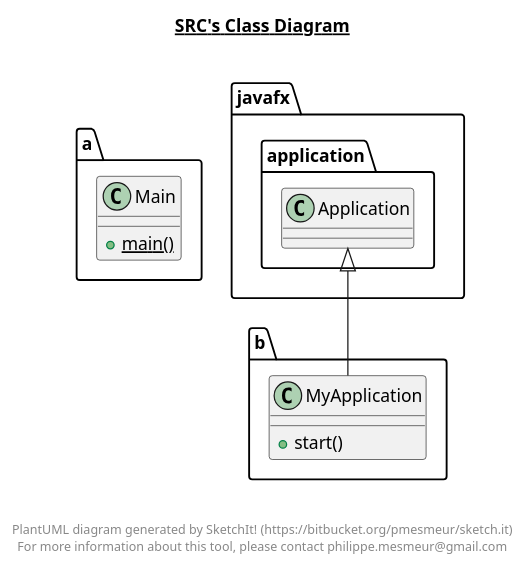
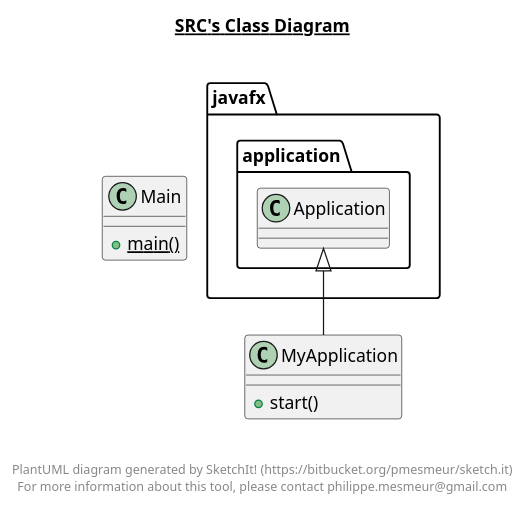
One commit to wikcioo/scheduling-application-sep1 changed the diagram in JavaFXSchedulingApplication/src/src.plantuml. Above: the diagram before and after it, drawn with PlantUML. The commit also changed 4 other files, not shown here.

First line of the commit message:
Deleted namespace from PlantUml

```diff
--- a/JavaFXSchedulingApplication/src/src.plantuml
+++ b/JavaFXSchedulingApplication/src/src.plantuml
@@ -1,29 +1,29 @@
 @startuml
 
 title __SRC's Class Diagram__\n
 
-  namespace a {
+
     class Main {
         {static} + main()
     }
-  }
+
   
 
-  namespace b {
+
     class MyApplication {
         + start()
     }
-  }
+
   
 
   MyApplication -up-|> javafx.application.Application
 
 
 right footer
 
 
 PlantUML diagram generated by SketchIt! (https://bitbucket.org/pmesmeur/sketch.it)
 For more information about this tool, please contact philippe.mesmeur@gmail.com
 endfooter
 
 @enduml
```
